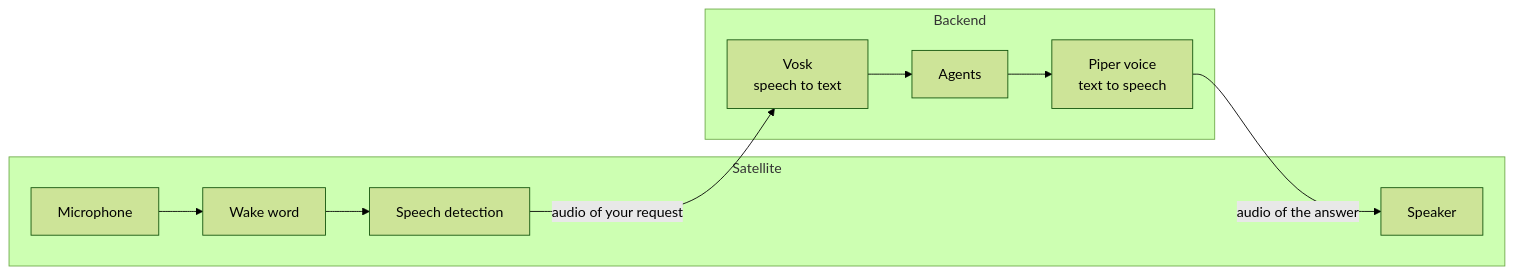
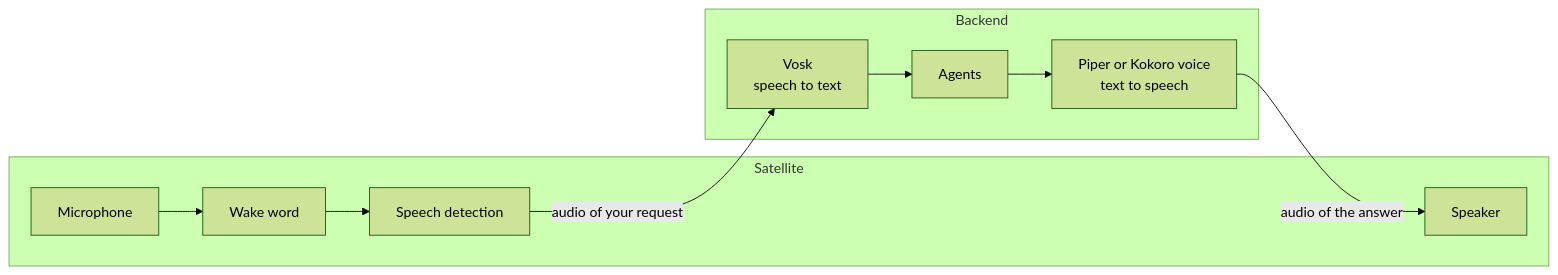
One commit to ambrogio-app/ambrogio-docs changed the diagram in src/content/docs/explanation/voice.md. Above: the diagram before and after it, drawn with Mermaid (forest theme). The commit also changed other lines of this file and 9 other files, not shown here.

First line of the commit message:
Document the choice between Piper and Kokoro voices

````diff
--- a/src/content/docs/explanation/voice.md
+++ b/src/content/docs/explanation/voice.md
@@ -10,16 +10,16 @@
 ```mermaid
 flowchart LR
     subgraph sat[Satellite]
         MIC[Microphone] --> WW[Wake word]
         WW --> VAD[Speech detection]
         SPK[Speaker]
     end
     subgraph back[Backend]
         STT[Vosk<br/>speech to text]
         AG[Agents]
-        TTS[Piper voice<br/>text to speech]
+        TTS[Piper or Kokoro voice<br/>text to speech]
     end
     VAD -- "audio of your request" --> STT
     STT --> AG --> TTS
     TTS -- "audio of the answer" --> SPK
 ```
````
